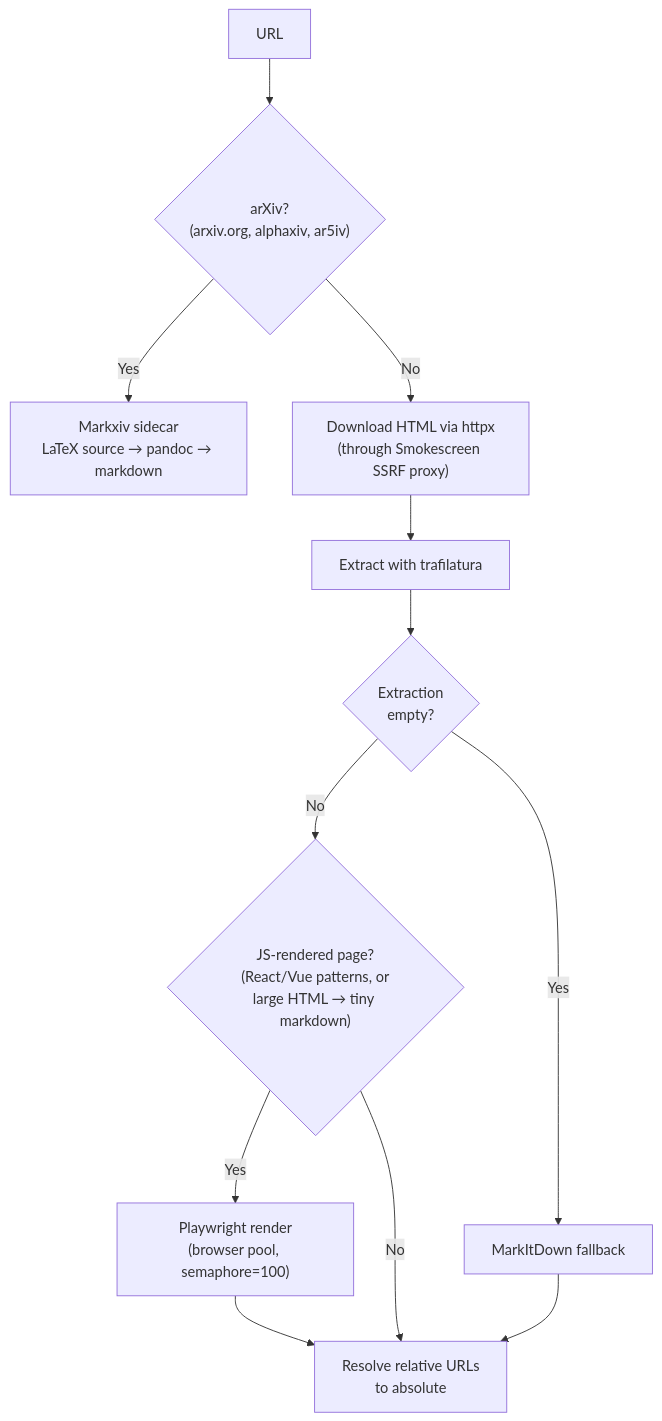
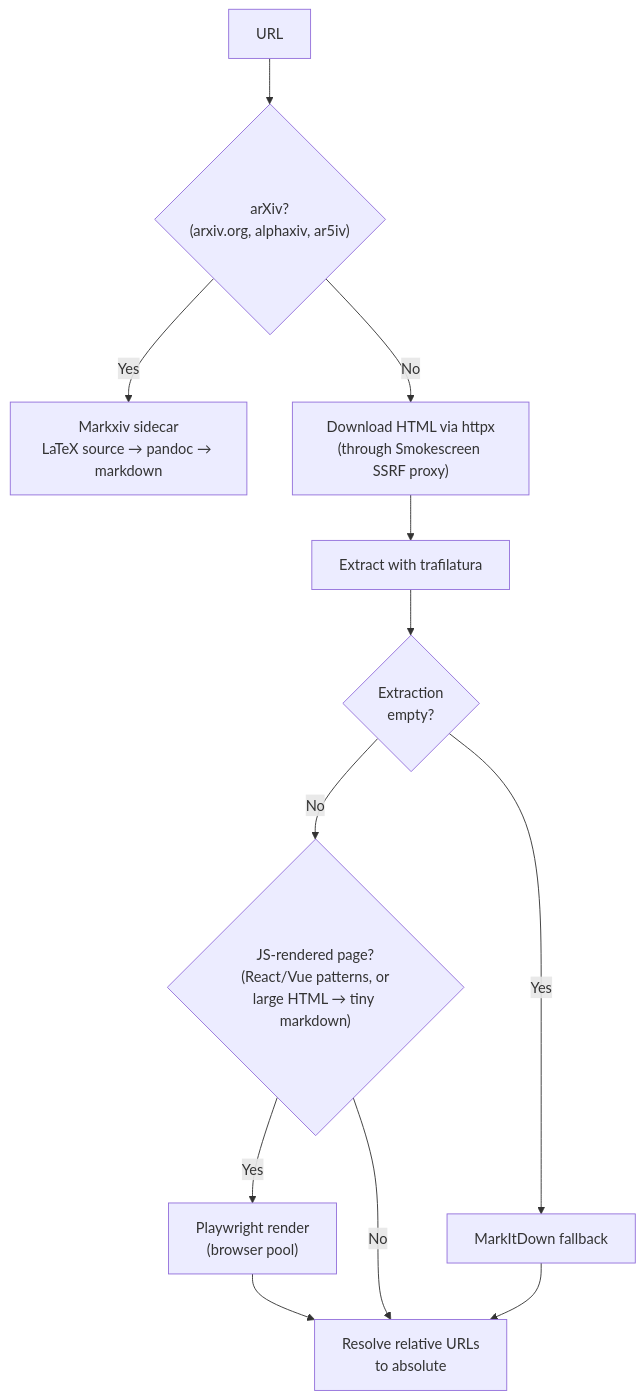
One commit to yapit-tts/yapit changed the third of 7 diagrams in docs/architecture.md. Above: the diagram before and after it, drawn with Mermaid. The commit also changed other lines of this file and 2 other files, not shown here.

First line of the commit message:
docs: rewrite architecture.md — trim implementation detail, update diagrams

````diff
--- a/docs/architecture.md
+++ b/docs/architecture.md
@@ -96,14 +94,14 @@
 ```mermaid
 flowchart TD
     URL["URL"] --> AX{"arXiv?<br/>(arxiv.org, alphaxiv, ar5iv)"}
     AX -->|Yes| MX["Markxiv sidecar<br/>LaTeX source → pandoc → markdown"]
     AX -->|No| DL["Download HTML via httpx<br/>(through Smokescreen SSRF proxy)"]
     DL --> TRAF["Extract with trafilatura"]
     TRAF --> EMPTY{"Extraction<br/>empty?"}
     EMPTY -->|Yes| FALLBACK["MarkItDown fallback"]
     EMPTY -->|No| JS{"JS-rendered page?<br/>(React/Vue patterns, or<br/>large HTML → tiny markdown)"}
-    JS -->|Yes| PW["Playwright render<br/>(browser pool, semaphore=100)"]
+    JS -->|Yes| PW["Playwright render<br/>(browser pool)"]
     PW --> RESOLVE
     JS -->|No| RESOLVE["Resolve relative URLs<br/>to absolute"]
     FALLBACK --> RESOLVE
 ```
````
